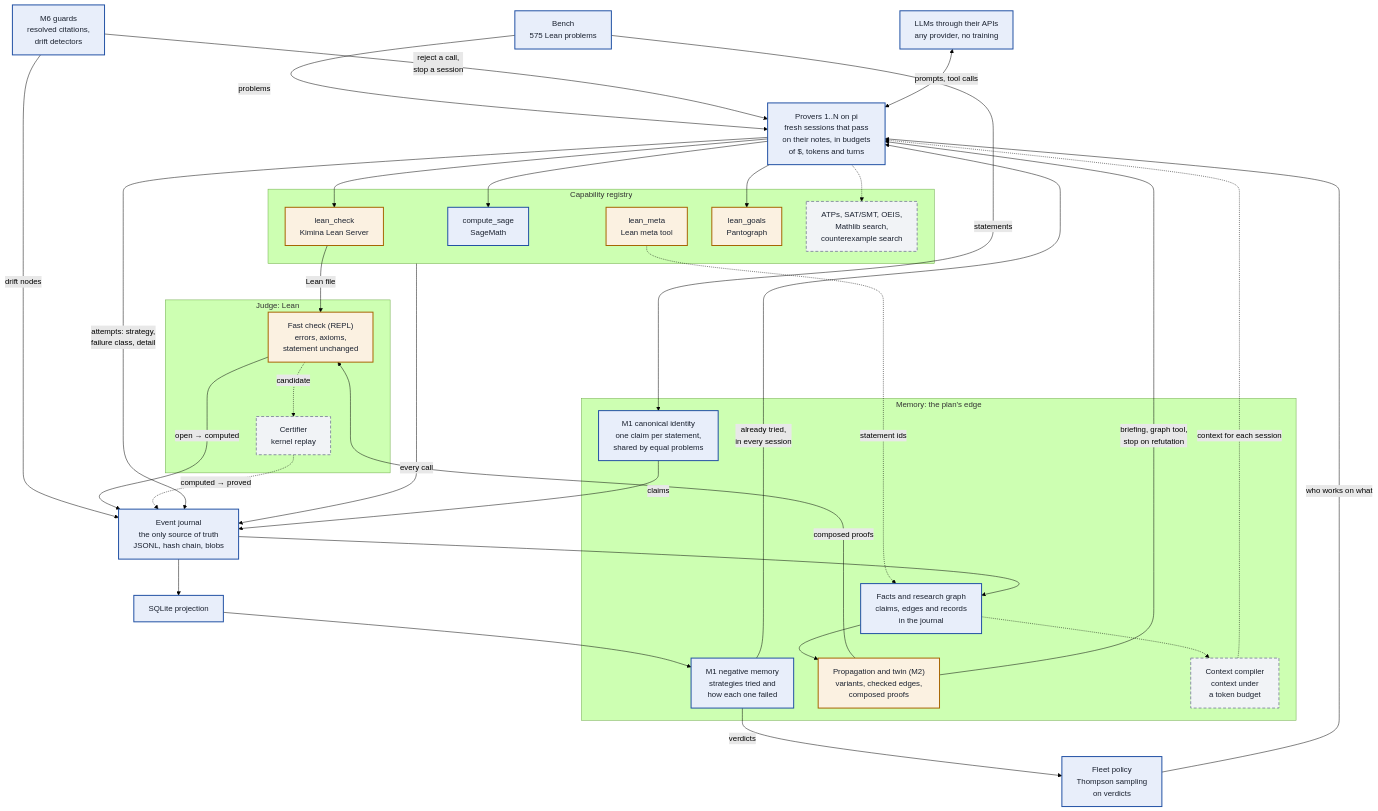
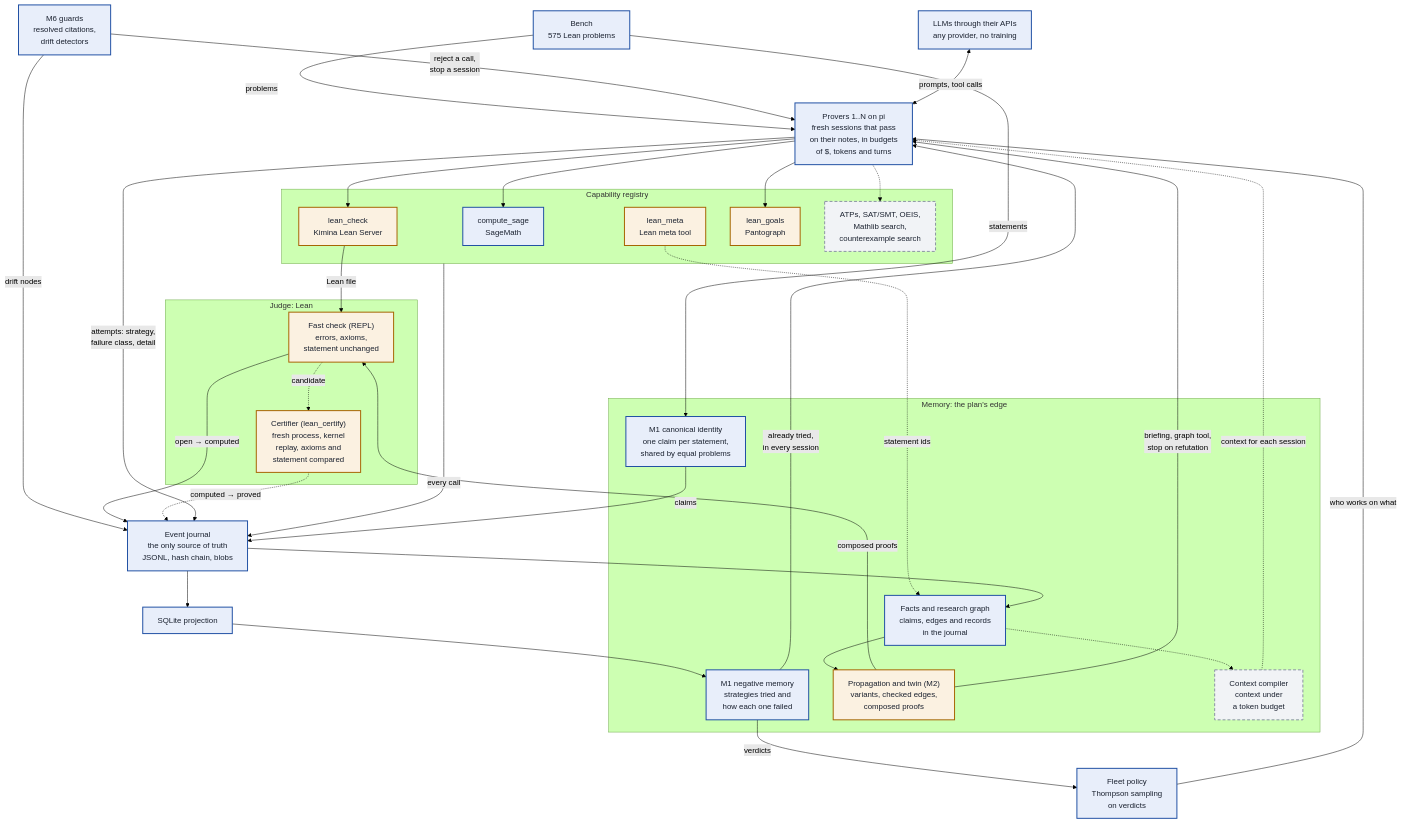
The diagram in README.md (Kdevos12/seshat), drawn with Mermaid (forest theme) before and after one commit. The commit also changed other lines of this file and 43 other files, not shown here.

````diff
--- a/README.md
+++ b/README.md
@@ -19,64 +20,64 @@
 ```mermaid
 flowchart TB
   classDef built fill:#e8eefa,stroke:#1f4fa3,stroke-width:2px,color:#1b2230
   classDef wait fill:#fbf1e1,stroke:#a66300,stroke-width:2px,color:#1b2230
   classDef planned fill:#f1f3f6,stroke:#8a92a3,stroke-width:2px,stroke-dasharray:6 4,color:#1b2230
 
   bench["Bench<br/>575 Lean problems"]:::built
   fleet["Fleet policy<br/>Thompson sampling<br/>on verdicts"]:::built
   guards["M6 guards<br/>resolved citations,<br/>drift detectors"]:::built
   llm["LLMs through their APIs<br/>any provider, no training"]:::built
   provers["Provers 1..N on pi<br/>fresh sessions that pass<br/>on their notes, in budgets<br/>of $, tokens and turns"]:::built
 
   subgraph TOOLS["Capability registry"]
     leancheck["lean_check<br/>Kimina Lean Server"]:::wait
     sage["compute_sage<br/>SageMath"]:::built
     leanmeta["lean_meta<br/>Lean meta tool"]:::wait
     leangoals["lean_goals<br/>Pantograph"]:::wait
     moretools["ATPs, SAT/SMT, OEIS,<br/>Mathlib search,<br/>counterexample search"]:::planned
   end
 
   subgraph JUDGE["Judge: Lean"]
     fast["Fast check (REPL)<br/>errors, axioms,<br/>statement unchanged"]:::wait
-    certifier["Certifier<br/>kernel replay"]:::planned
+    certifier["Certifier (lean_certify)<br/>fresh process, kernel<br/>replay, axioms and<br/>statement compared"]:::wait
   end
 
   journal["Event journal<br/>the only source of truth<br/>JSONL, hash chain, blobs"]:::built
   projection["SQLite projection"]:::built
 
   subgraph MEMORY["Memory: the plan's edge"]
     identity["M1 canonical identity<br/>one claim per statement,<br/>shared by equal problems"]:::built
     tried["M1 negative memory<br/>strategies tried and<br/>how each one failed"]:::built
     kg["Facts and research graph<br/>claims, edges and records<br/>in the journal"]:::built
     prop["Propagation and twin (M2)<br/>variants, checked edges,<br/>composed proofs"]:::wait
     compiler["Context compiler<br/>context under<br/>a token budget"]:::planned
   end
 
   bench -->|problems| provers
   bench -->|statements| identity
   identity -->|claims| journal
   fleet -->|"who works on what"| provers
   guards -->|"reject a call,<br/>stop a session"| provers
   guards -->|"drift nodes"| journal
   llm <-->|"prompts, tool calls"| provers
   provers --> leancheck & sage
   provers -.-> moretools
   leanmeta -.->|"statement ids"| kg
   provers --> leangoals
   leancheck -->|Lean file| fast
   fast -->|"open → computed"| journal
   fast -.->|candidate| certifier
   certifier -.->|"computed → proved"| journal
   TOOLS -->|"every call"| journal
   provers -->|"attempts: strategy,<br/>failure class, detail"| journal
   journal --> projection
   projection --> tried
   tried -->|"already tried,<br/>in every session"| provers
   tried -->|"verdicts"| fleet
   journal --> kg
   kg --> prop
   prop -->|"composed proofs"| fast
   prop -->|"briefing, graph tool,<br/>stop on refutation"| provers
   kg -.-> compiler
   compiler -.->|"context for each session"| provers
 ```
````
